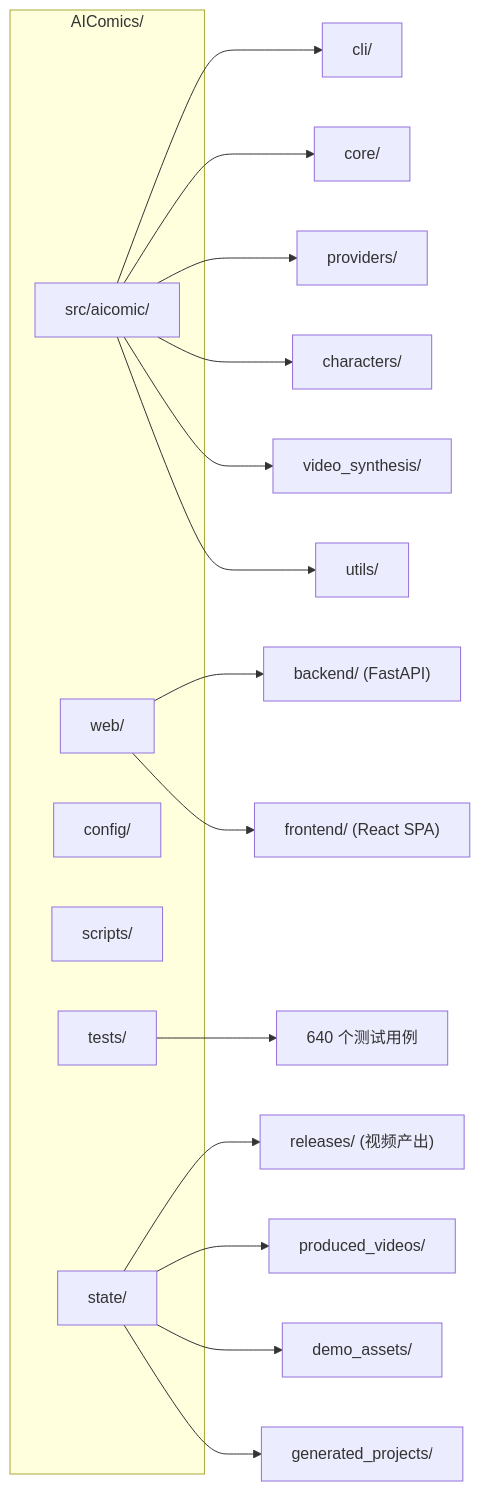
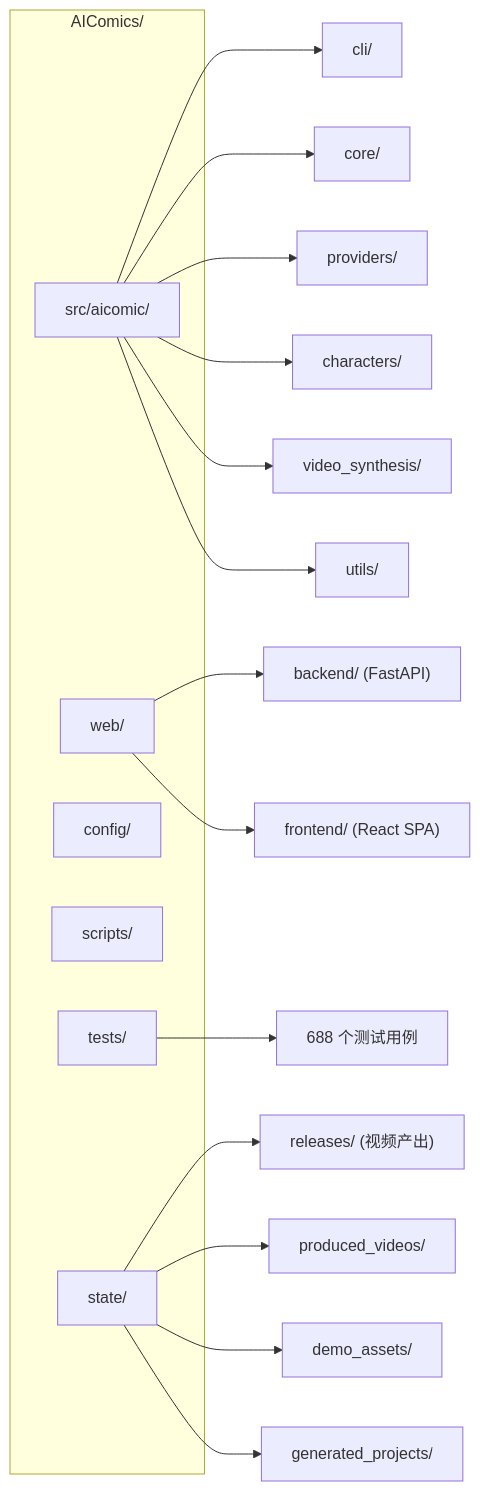
The fourth of 4 diagrams in README.md (chfr19820610-cell/AIComics), drawn with Mermaid before and after one commit. The commit also changed other lines of this file, not shown here.

````diff
--- a/README.md
+++ b/README.md
@@ -279,28 +279,28 @@
 ```mermaid
 graph LR
     subgraph Root["AIComics/"]
         SRC["src/aicomic/"]
         WEB["web/"]
         CFG["config/"]
         SCR["scripts/"]
         TST["tests/"]
         ST["state/"]
     end
 
     SRC --> CLI["cli/"]
     SRC --> CORE["core/"]
     SRC --> PROV2["providers/"]
     SRC --> CHAR2["characters/"]
     SRC --> VS["video_synthesis/"]
     SRC --> UTL["utils/"]
 
     WEB --> BE["backend/ (FastAPI)"]
     WEB --> FE["frontend/ (React SPA)"]
 
-    TST --> T640["640 个测试用例"]
+    TST --> T688["688 个测试用例"]
 
     ST --> REL["releases/ (视频产出)"]
     ST --> PV["produced_videos/"]
     ST --> DA["demo_assets/"]
     ST --> GP["generated_projects/"]
 ```
````
